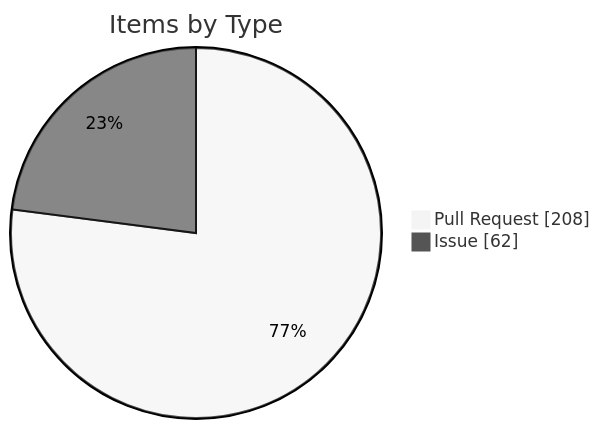
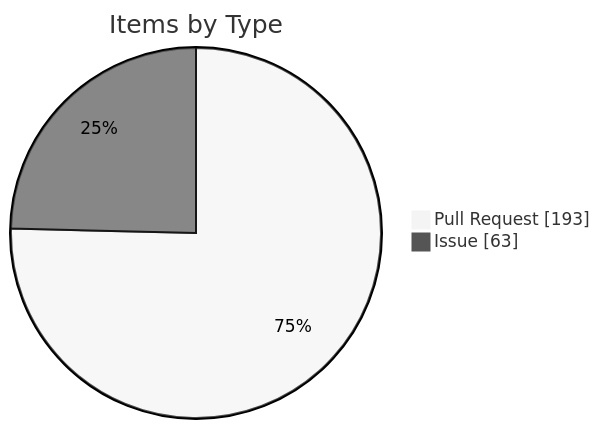
Before and after one commit to KBVE/kbve: the fourth of 4 diagrams in apps/kbve/astro-kbve/src/content/docs/dashboard/kanban-data.mdx, drawn with Mermaid (neutral theme). The commit also changed other lines of this file and 8 other files, not shown here.

````diff
--- a/apps/kbve/astro-kbve/src/content/docs/dashboard/kanban-data.mdx
+++ b/apps/kbve/astro-kbve/src/content/docs/dashboard/kanban-data.mdx
@@ -116,6 +116,6 @@
 ```mermaid
 pie showData
     title Items by Type
-    "Pull Request" : 208
-    "Issue" : 62
+    "Pull Request" : 193
+    "Issue" : 63
 ```
````
